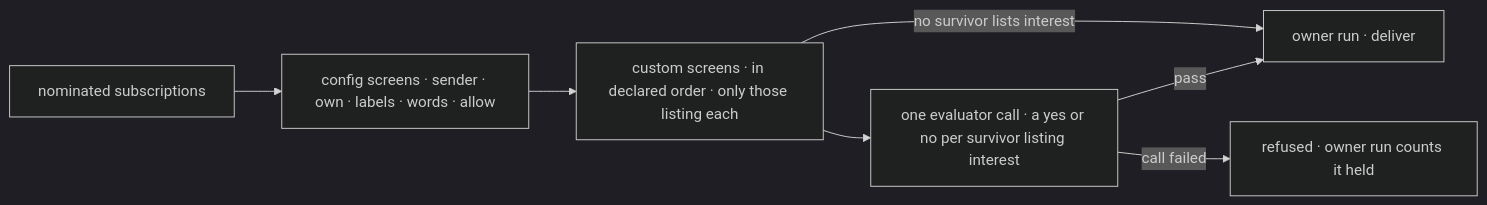
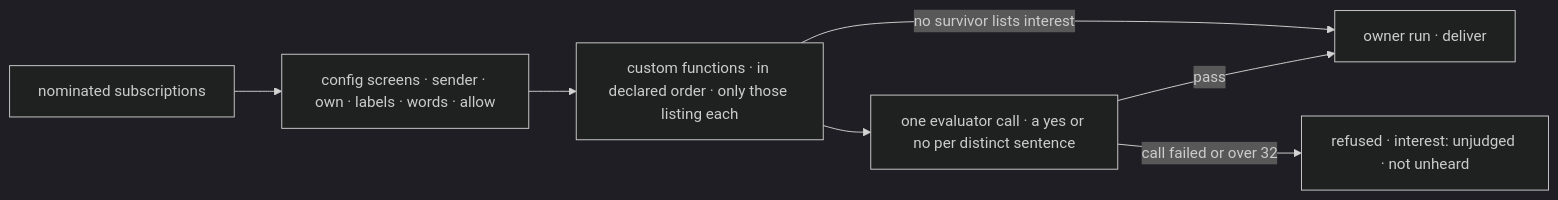
The second of 2 diagrams in specs/issues/FIX-2537/SPEC.md (fixpoint-labs/flow-state-dev), drawn with Mermaid (dark theme) before and after one commit. The commit also changed other lines of this file and 5 other files, not shown here.

````diff
--- a/specs/issues/FIX-2537/SPEC.md
+++ b/specs/issues/FIX-2537/SPEC.md
@@ -87,9 +89,9 @@
 ```mermaid
 flowchart LR
   N["nominated subscriptions"] --> C["config screens · sender · own · labels · words · allow"]
-  C --> K["custom screens · in declared order · only those listing each"]
-  K --> J["one evaluator call · a yes or no per survivor listing interest"]
+  C --> K["custom functions · in declared order · only those listing each"]
+  K --> J["one evaluator call · a yes or no per distinct sentence"]
   J -->|"pass"| O["owner run · deliver"]
-  J -->|"call failed"| H["refused · owner run counts it held"]
+  J -->|"call failed or over 32"| H["refused · interest: unjudged · not unheard"]
   K -->|"no survivor lists interest"| O
 ```
````
